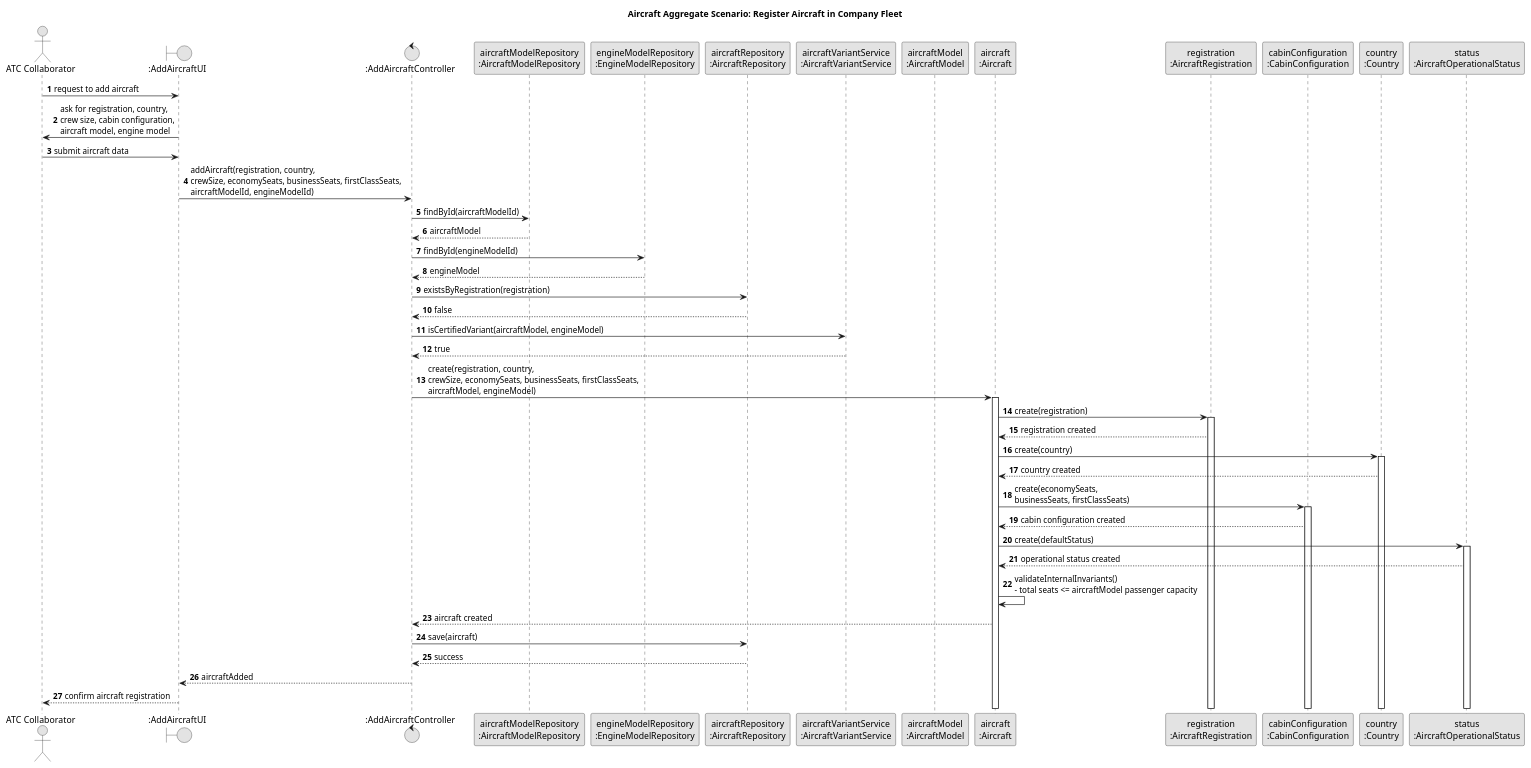
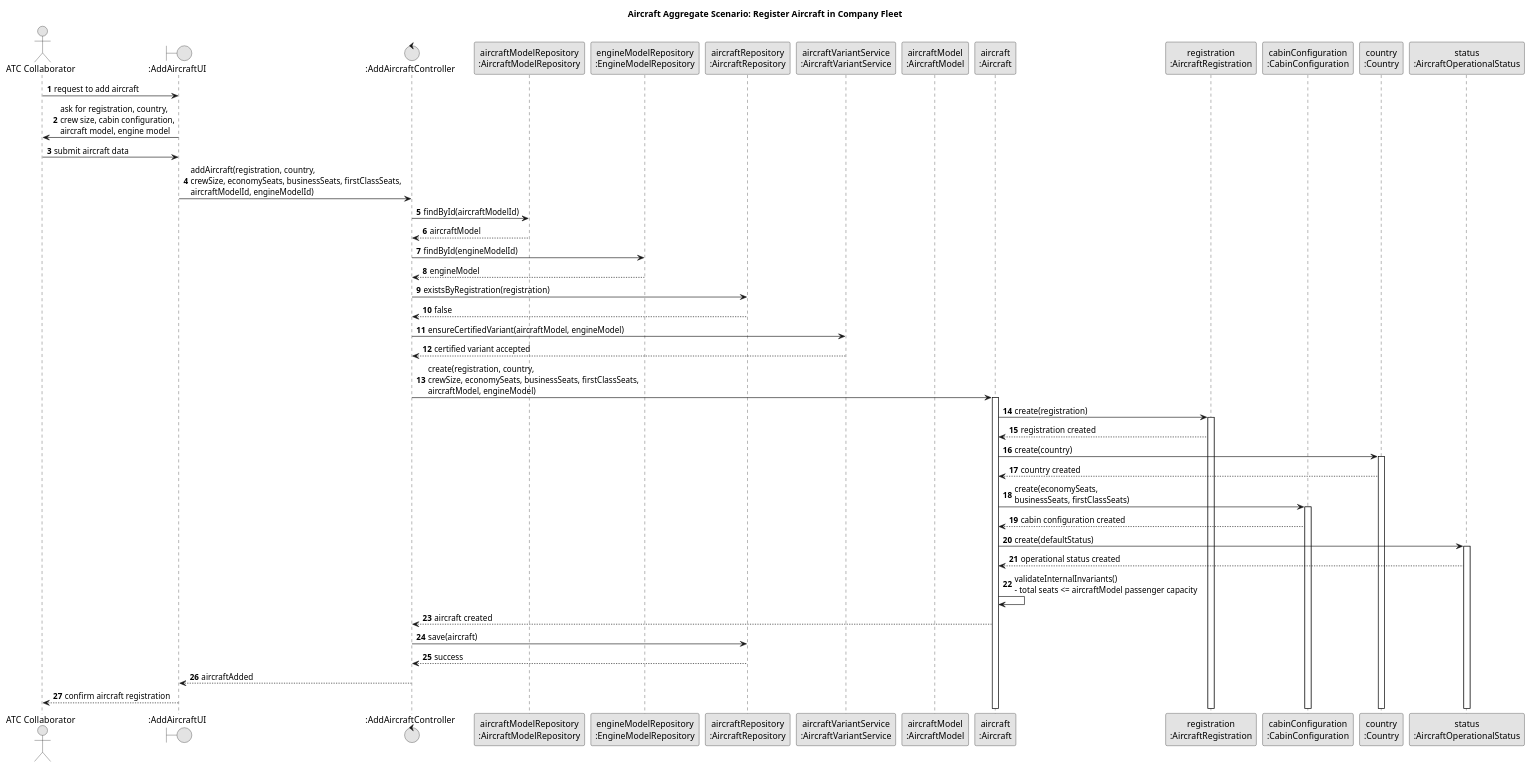
Before and after one commit to GustavoFerreira24/flight-management-platform: the diagram in docs/global-artifacts/03.design/puml/AircraftAggregate-SD.puml, drawn with PlantUML. The commit also changed 10 other files, not shown here.

Commit message:
US71(CODE): Introduce `AircraftVariantService` for certified engine model validation. Add unit tests to ensure validation logic, update class diagram to reflect integration. [#153][#154]

```diff
--- a/docs/global-artifacts/03.design/puml/AircraftAggregate-SD.puml
+++ b/docs/global-artifacts/03.design/puml/AircraftAggregate-SD.puml
@@ -1,65 +1,65 @@
 @startuml
 title Aircraft Aggregate Scenario: Register Aircraft in Company Fleet
 
 skinparam monochrome true
 skinparam packageStyle rectangle
 skinparam shadowing false
 
 autonumber
 
 actor "ATC Collaborator" as ATC
 boundary ":AddAircraftUI" as UI
 control ":AddAircraftController" as C
 participant "aircraftModelRepository\n:AircraftModelRepository" as AircraftModelRepo
 participant "engineModelRepository\n:EngineModelRepository" as EngineModelRepo
 participant "aircraftRepository\n:AircraftRepository" as AircraftRepo
 participant "aircraftVariantService\n:AircraftVariantService" as VariantService
 participant "aircraftModel\n:AircraftModel" as AircraftModel
 participant "aircraft\n:Aircraft" as Aircraft
 participant "registration\n:AircraftRegistration" as Registration
 participant "cabinConfiguration\n:CabinConfiguration" as CabinConfiguration
 participant "country\n:Country" as Country
 participant "status\n:AircraftOperationalStatus" as Status
 
 ATC -> UI : request to add aircraft
 UI -> ATC : ask for registration, country,\ncrew size, cabin configuration,\naircraft model, engine model
 
 ATC -> UI : submit aircraft data
 UI -> C : addAircraft(registration, country,\ncrewSize, economySeats, businessSeats, firstClassSeats,\naircraftModelId, engineModelId)
 
 C -> AircraftModelRepo : findById(aircraftModelId)
 AircraftModelRepo --> C : aircraftModel
 
 C -> EngineModelRepo : findById(engineModelId)
 EngineModelRepo --> C : engineModel
 
 C -> AircraftRepo : existsByRegistration(registration)
 AircraftRepo --> C : false
 
-C -> VariantService : isCertifiedVariant(aircraftModel, engineModel)
-VariantService --> C : true
+C -> VariantService : ensureCertifiedVariant(aircraftModel, engineModel)
+VariantService --> C : certified variant accepted
 
 C -> Aircraft ++ : create(registration, country,\ncrewSize, economySeats, businessSeats, firstClassSeats,\naircraftModel, engineModel)
 
 Aircraft -> Registration ++ : create(registration)
 Registration --> Aircraft : registration created
 
 Aircraft -> Country ++ : create(country)
 Country --> Aircraft : country created
 
 Aircraft -> CabinConfiguration ++ : create(economySeats,\nbusinessSeats, firstClassSeats)
 CabinConfiguration --> Aircraft : cabin configuration created
 
 Aircraft -> Status ++ : create(defaultStatus)
 Status --> Aircraft : operational status created
 
 Aircraft -> Aircraft : validateInternalInvariants()\n- total seats <= aircraftModel passenger capacity
 Aircraft --> C : aircraft created
 
 C -> AircraftRepo : save(aircraft)
 AircraftRepo --> C : success
 
 C --> UI : aircraftAdded
 UI --> ATC : confirm aircraft registration
 
 @enduml
```
